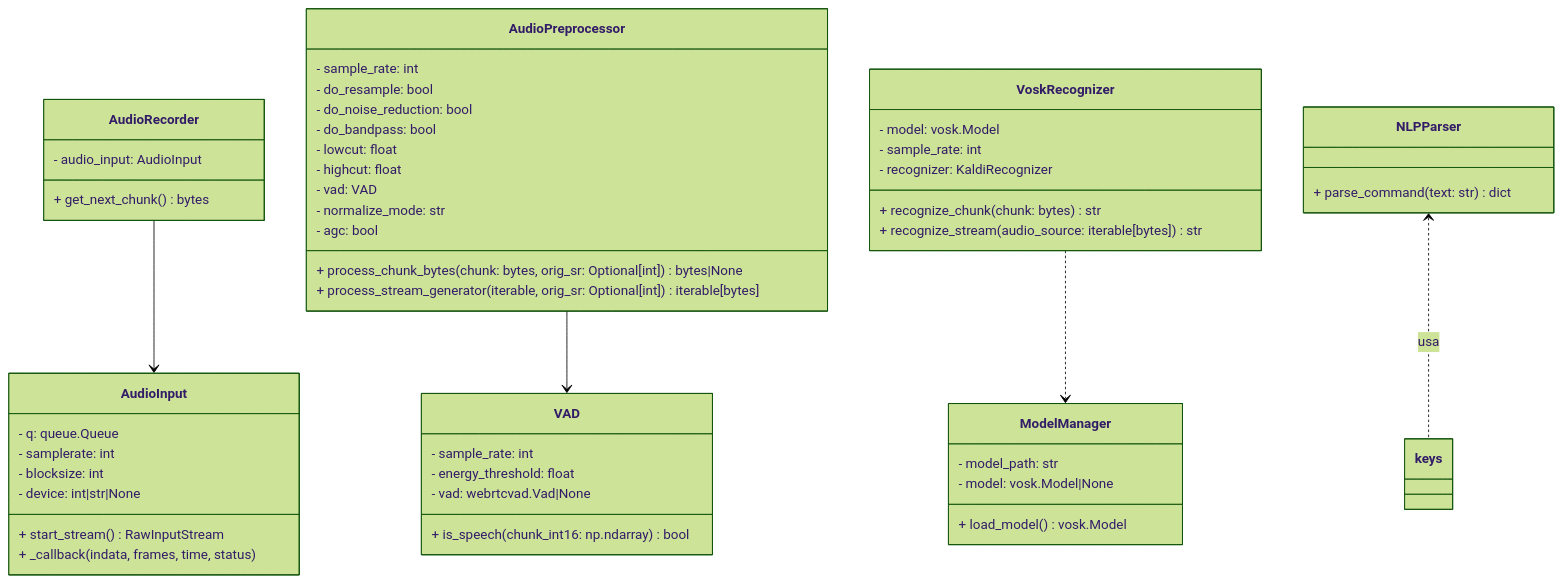
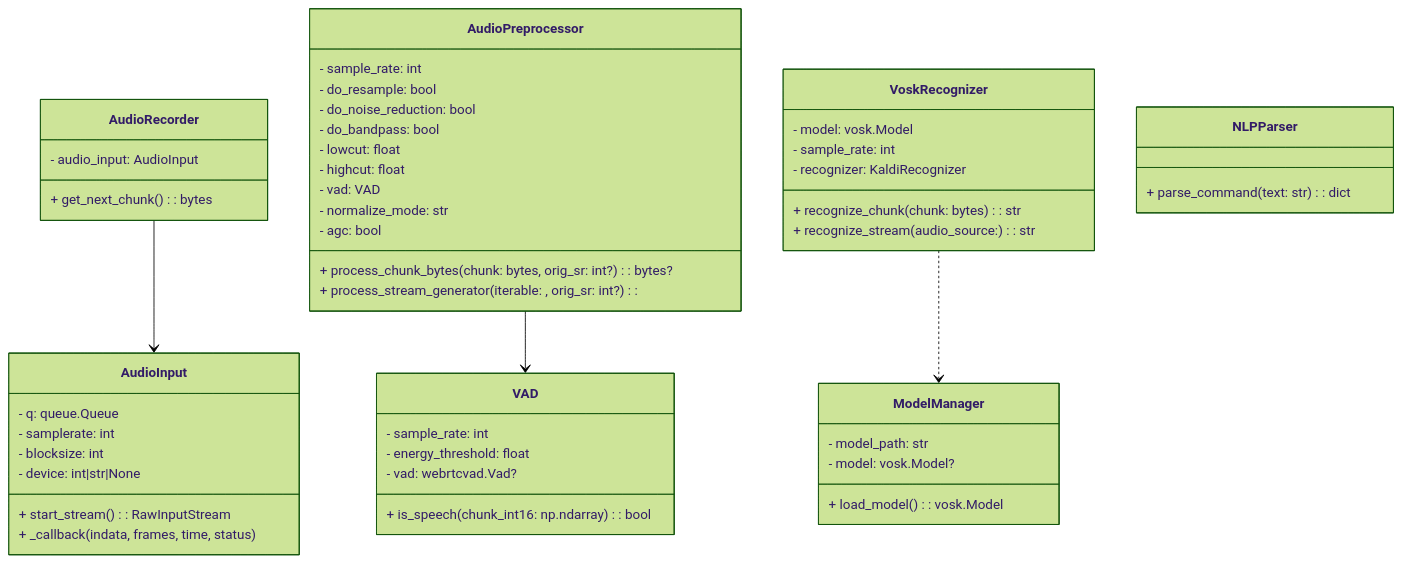
One commit to Vitormateusromancini/Projeto-Integrador---SISTEMA-EMBARCADO-DE-RECONHECIMENTO-DE-VOZ-OFFLINE changed the second of 5 diagrams in README.md. Above: the diagram before and after it, drawn with Mermaid (forest theme). The commit also changed other lines of this file, not shown here.

````diff
--- a/README.md
+++ b/README.md
@@ -67,60 +67,59 @@
 ```mermaid
 classDiagram
     class AudioInput {
       - q: queue.Queue
       - samplerate: int
       - blocksize: int
       - device: int|str|None
-      + start_stream() RawInputStream
+      + start_stream(): RawInputStream
       + _callback(indata, frames, time, status)
     }
 
     class AudioRecorder {
       - audio_input: AudioInput
-      + get_next_chunk() bytes
+      + get_next_chunk(): bytes
     }
 
     class AudioPreprocessor {
       - sample_rate: int
       - do_resample: bool
       - do_noise_reduction: bool
       - do_bandpass: bool
       - lowcut: float
       - highcut: float
       - vad: VAD
       - normalize_mode: str
       - agc: bool
-      + process_chunk_bytes(chunk: bytes, orig_sr: Optional[int]) bytes|None
-      + process_stream_generator(iterable, orig_sr: Optional[int]) iterable[bytes]
+      + process_chunk_bytes(chunk: bytes, orig_sr: int?): bytes?
+      + process_stream_generator(iterable: <bytes>, orig_sr: int?): <bytes>
     }
 
     class VAD {
       - sample_rate: int
       - energy_threshold: float
-      - vad: webrtcvad.Vad|None
-      + is_speech(chunk_int16: np.ndarray) bool
+      - vad: webrtcvad.Vad?
+      + is_speech(chunk_int16: np.ndarray): bool
     }
 
     class ModelManager {
       - model_path: str
-      - model: vosk.Model|None
-      + load_model() vosk.Model
+      - model: vosk.Model?
+      + load_model(): vosk.Model
     }
 
     class VoskRecognizer {
       - model: vosk.Model
       - sample_rate: int
       - recognizer: KaldiRecognizer
-      + recognize_chunk(chunk: bytes) str
-      + recognize_stream(audio_source: iterable[bytes]) str
+      + recognize_chunk(chunk: bytes): str
+      + recognize_stream(audio_source: <bytes>): str
     }
 
     class NLPParser {
-      + parse_command(text: str) dict
+      + parse_command(text: str): dict
     }
 
     AudioRecorder --> AudioInput
     AudioPreprocessor --> VAD
     VoskRecognizer ..> ModelManager
-    NLPParser <.. keys : usa
 ```
````
